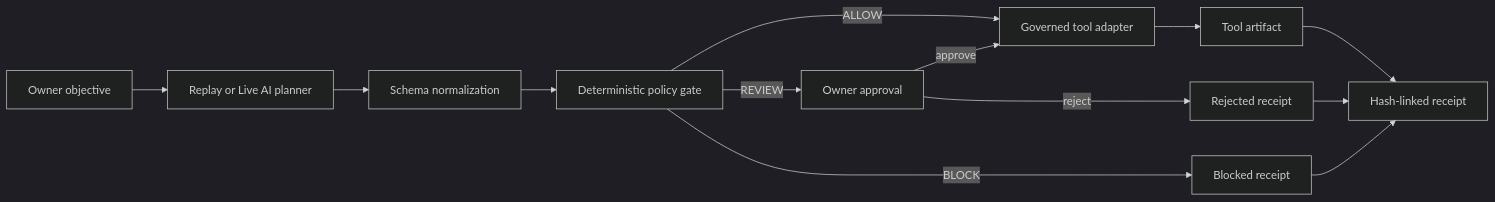
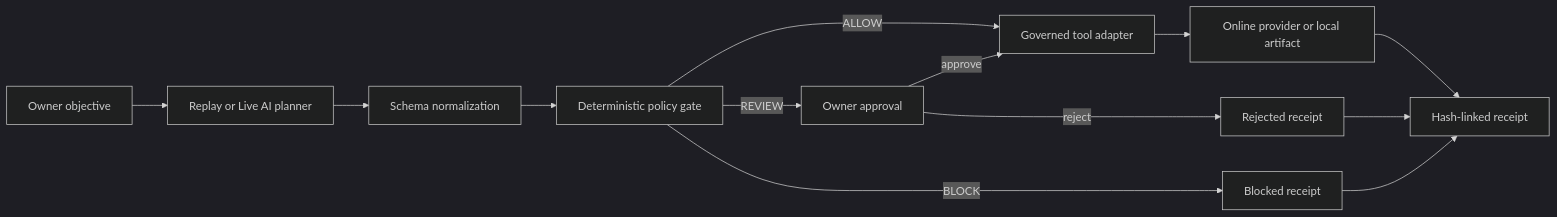
One commit to FeeeeelixWong/solepilot changed the diagram in README.md. Above: the diagram before and after it, drawn with Mermaid (dark theme). The commit also changed other lines of this file and 22 other files, not shown here.

````diff
--- a/README.md
+++ b/README.md
@@ -51,15 +59,15 @@
 ```mermaid
 flowchart LR
   O[Owner objective] --> P[Replay or Live AI planner]
   P --> V[Schema normalization]
   V --> G[Deterministic policy gate]
   G -->|ALLOW| T[Governed tool adapter]
   G -->|REVIEW| A[Owner approval]
   A -->|approve| T
   A -->|reject| R[Rejected receipt]
   G -->|BLOCK| B[Blocked receipt]
-  T --> F[Tool artifact]
+  T --> F[Online provider or local artifact]
   F --> H[Hash-linked receipt]
   R --> H
   B --> H
 ```
````
